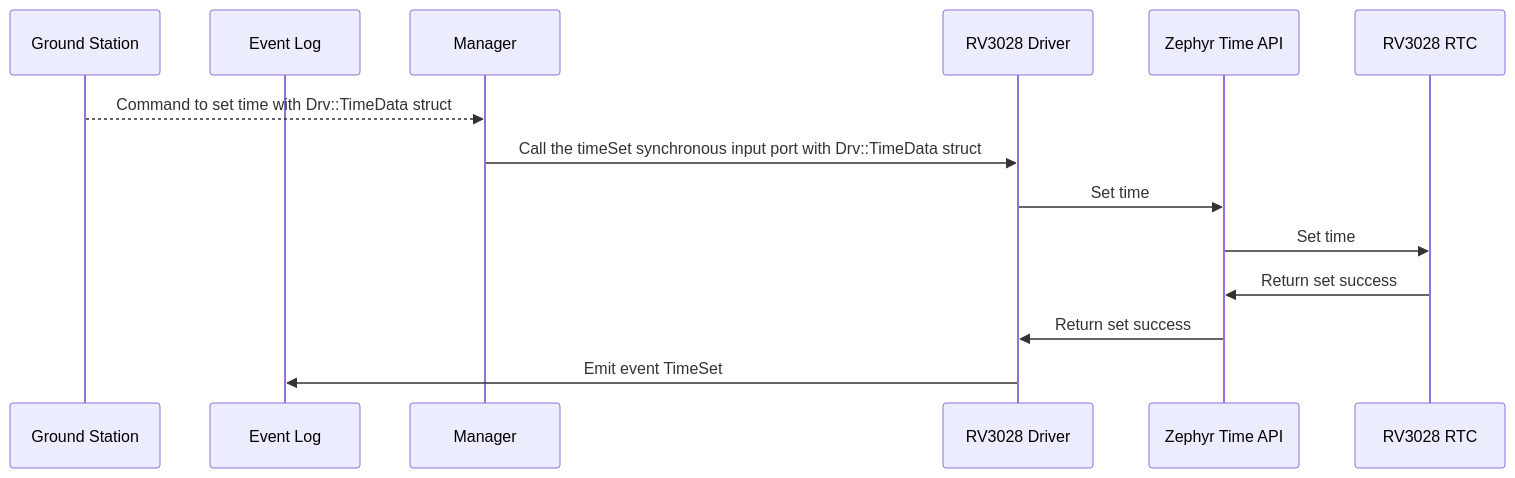
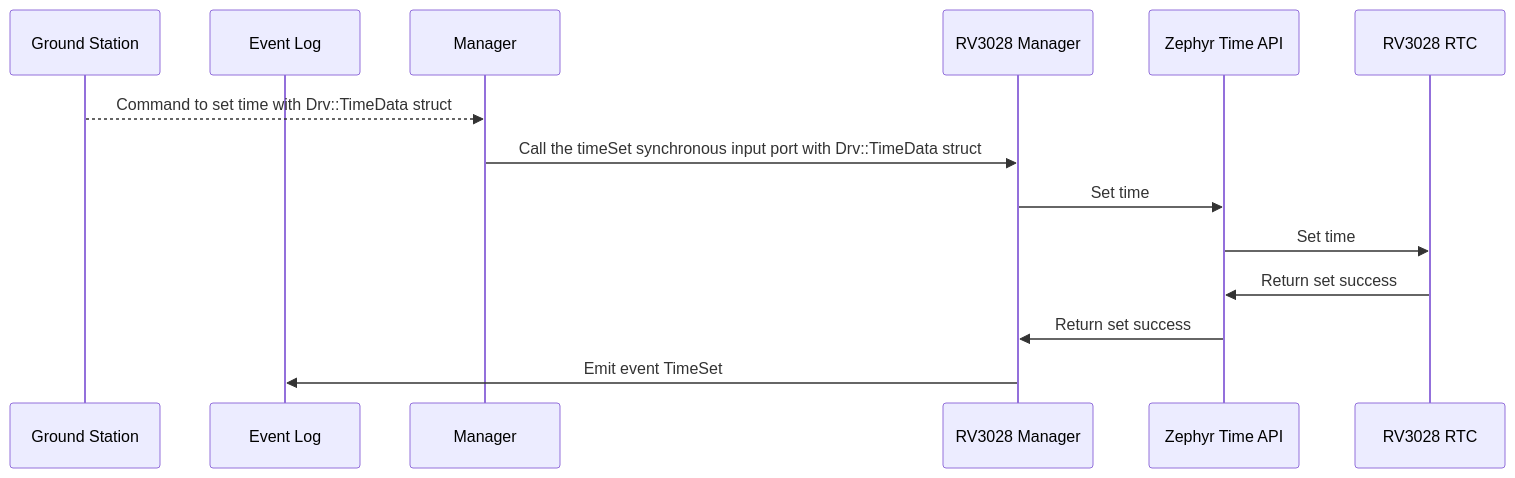
The sixth of 8 diagrams in FprimeZephyrReference/Components/Drv/Rv3028Manager/docs/sdd.md (Open-Source-Space-Foundation/proves-core-reference), drawn with Mermaid before and after one commit. The commit also changed other lines of this file and 8 other files, not shown here.

Commit message:
Rename references from Rv3028Driver to Rv3028Manager

````diff
--- a/FprimeZephyrReference/Components/Drv/Rv3028Manager/docs/sdd.md
+++ b/FprimeZephyrReference/Components/Drv/Rv3028Manager/docs/sdd.md
@@ -148,16 +148,16 @@
 ```mermaid
 sequenceDiagram
     participant Ground Station
     participant Event Log
     participant Manager
-    participant RV3028 Driver
+    participant RV3028 Manager
     participant Zephyr Time API
     participant RV3028 RTC
     Ground Station-->>Manager: Command to set time with Drv::TimeData struct
-    Manager->>RV3028 Driver: Call the timeSet synchronous input port with Drv::TimeData struct
-    RV3028 Driver->>Zephyr Time API: Set time
+    Manager->>RV3028 Manager: Call the timeSet synchronous input port with Drv::TimeData struct
+    RV3028 Manager->>Zephyr Time API: Set time
     Zephyr Time API->>RV3028 RTC: Set time
     RV3028 RTC->>Zephyr Time API: Return set success
-    Zephyr Time API->>RV3028 Driver: Return set success
-    RV3028 Driver->>Event Log: Emit event TimeSet
+    Zephyr Time API->>RV3028 Manager: Return set success
+    RV3028 Manager->>Event Log: Emit event TimeSet
 ```
````
